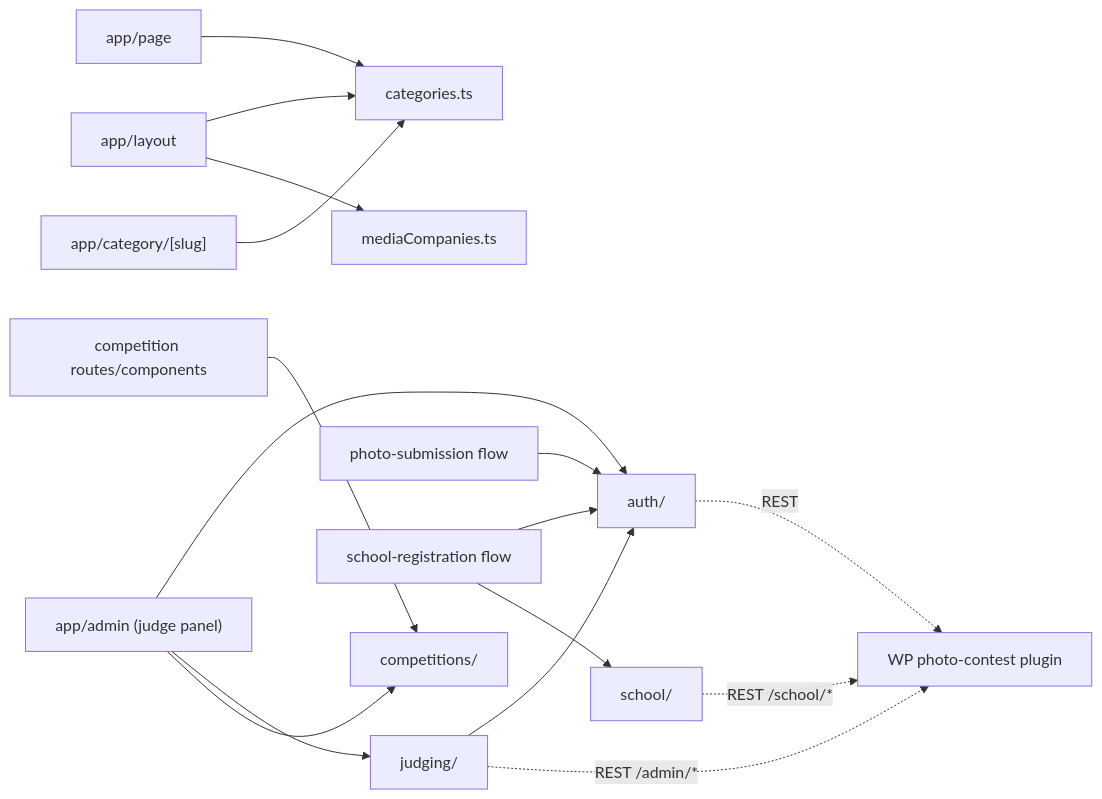
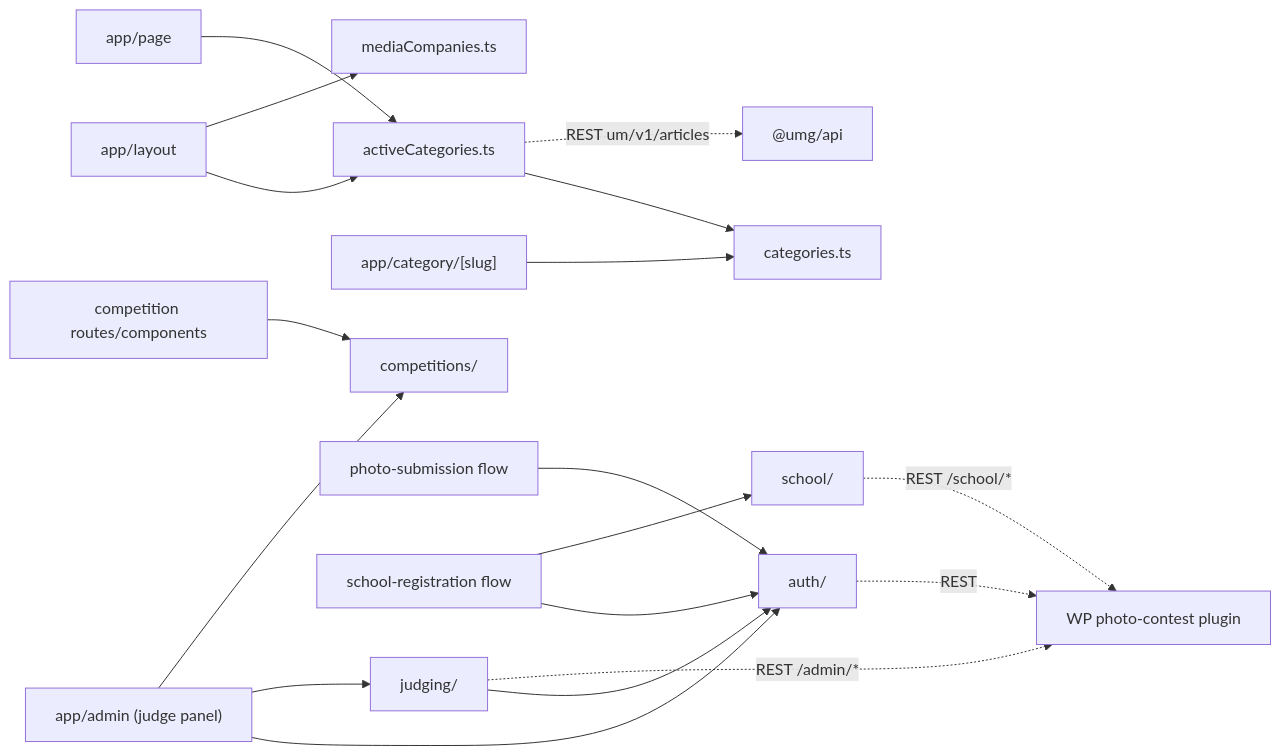
The diagram in docs/codebase/apps/umg/lib/README.md (huuaho/umg-headless), drawn with Mermaid before and after one commit. The commit also changed other lines of this file and 7 other files, not shown here.

````diff
--- a/docs/codebase/apps/umg/lib/README.md
+++ b/docs/codebase/apps/umg/lib/README.md
@@ -16,18 +17,20 @@
 ```mermaid
 graph LR
-  layout["app/layout"] --> categories["categories.ts"]
+  layout["app/layout"] --> active["activeCategories.ts"]
+  active --> categories["categories.ts"]
+  active -.REST um/v1/articles.-> api["@umg/api"]
+  home["app/page"] --> active
   layout --> mediaCompanies["mediaCompanies.ts"]
-  home["app/page"] --> categories
   catRoute["app/category/[slug]"] --> categories
   compPages["competition routes/components"] --> competitions["competitions/"]
   submission["photo-submission flow"] --> auth["auth/"]
   schoolFlow["school-registration flow"] --> auth
   schoolFlow --> school["school/"]
   adminFlow["app/admin (judge panel)"] --> auth
   adminFlow --> judging["judging/"]
   adminFlow --> competitions
   judging --> auth
   judging -.REST /admin/*.-> plugin
   auth -.REST.-> plugin["WP photo-contest plugin"]
   school -.REST /school/*.-> plugin
 ```
````
